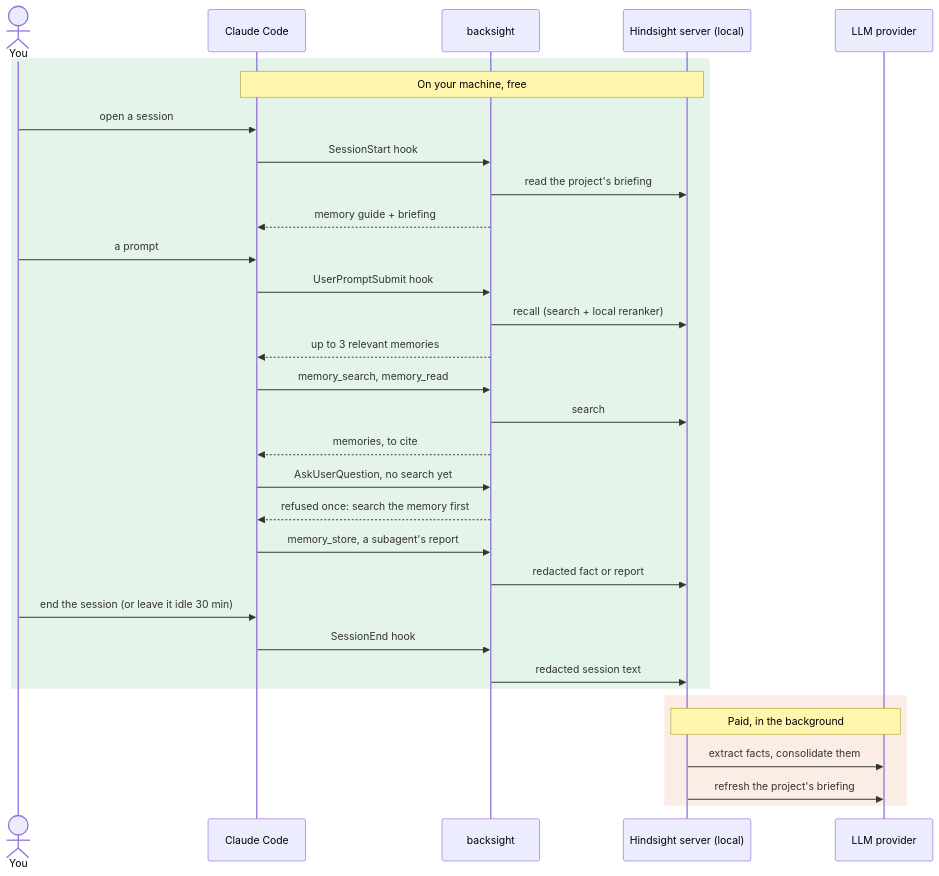
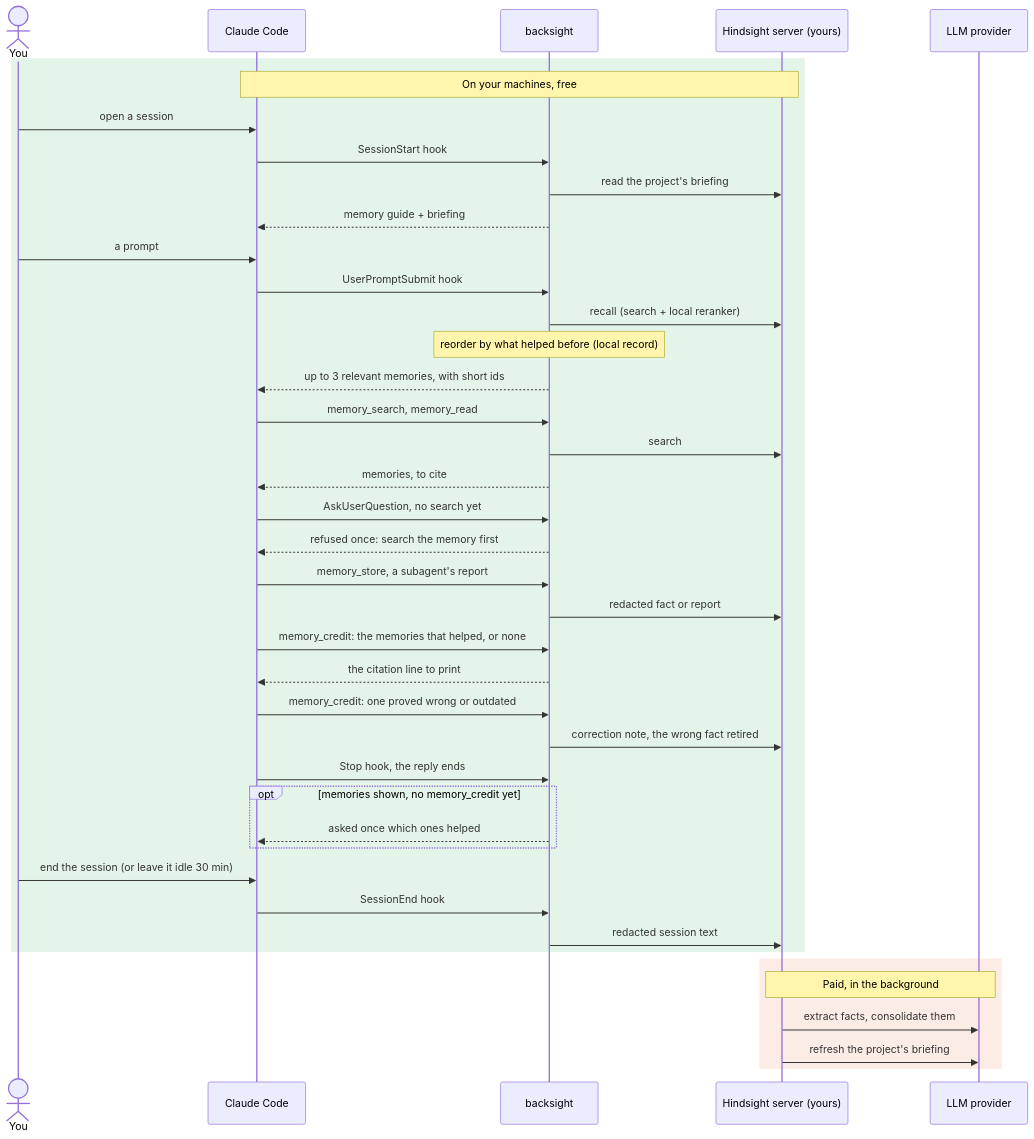
One commit to Barben360/backsight changed the first of 2 diagrams in README.md. Above: the diagram before and after it, drawn with Mermaid. The commit also changed other lines of this file and 1 other file, not shown here.

Commit message:
📝 README: bring How it works up to date (#92)
* 📝 Bring the README's How it works up to date: credits, the shared server, the jobs' new steps

The sequence diagram gains memory_credit (used, none, wrong or outdated),
the end-of-turn check and the recall's reordering by what helped; the
server may be one of the user's machines shared by their other PCs. The
tick gains the local settle and the sharing step; the maintain window is
04:00 to 04:30 (RandomizedDelaySec), not ± 30 min; the backup runs on the
server's host only. README and privacy.md no longer say the server only
listens on 127.0.0.1.

* 📝 README: the tick restarts a server left down; plainer wording for a shared server

---------

````diff
--- a/README.md
+++ b/README.md
@@ -77,36 +77,45 @@
 ```mermaid
 sequenceDiagram
     actor You
     participant CC as Claude Code
     participant BS as backsight
-    participant HS as Hindsight server (local)
+    participant HS as Hindsight server (yours)
     participant LLM as LLM provider
 
     rect rgba(46, 160, 67, 0.12)
-    Note over CC,HS: On your machine, free
+    Note over CC,HS: On your machines, free
     You->>CC: open a session
     CC->>BS: SessionStart hook
     BS->>HS: read the project's briefing
     BS-->>CC: memory guide + briefing
     You->>CC: a prompt
     CC->>BS: UserPromptSubmit hook
     BS->>HS: recall (search + local reranker)
-    BS-->>CC: up to 3 relevant memories
+    Note over BS: reorder by what helped before (local record)
+    BS-->>CC: up to 3 relevant memories, with short ids
     CC->>BS: memory_search, memory_read
     BS->>HS: search
     BS-->>CC: memories, to cite
     CC->>BS: AskUserQuestion, no search yet
     BS-->>CC: refused once: search the memory first
     CC->>BS: memory_store, a subagent's report
     BS->>HS: redacted fact or report
+    CC->>BS: memory_credit: the memories that helped, or none
+    BS-->>CC: the citation line to print
+    CC->>BS: memory_credit: one proved wrong or outdated
+    BS->>HS: correction note, the wrong fact retired
+    CC->>BS: Stop hook, the reply ends
+    opt memories shown, no memory_credit yet
+    BS-->>CC: asked once which ones helped
+    end
     You->>CC: end the session (or leave it idle 30 min)
     CC->>BS: SessionEnd hook
     BS->>HS: redacted session text
     end
 
     rect rgba(219, 109, 40, 0.12)
     Note over HS,LLM: Paid, in the background
     HS->>LLM: extract facts, consolidate them
     HS->>LLM: refresh the project's briefing
     end
 ```
````
